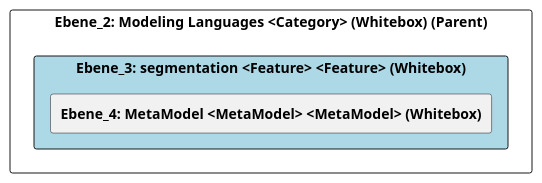
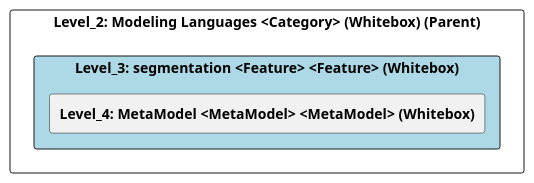
The diagram in doc/cleonproject_deliverables_architecture_model_architecture/adoc/de/05_bausteinsicht/cleon/modeling_languages/segmentation/ebene_3_segmentation.adoc (marcozwyssig/cleon), drawn with PlantUML before and after one commit. The commit also changed other lines of this file and 83 other files, not shown here.

```diff
--- a/doc/cleonproject_deliverables_architecture_model_architecture/adoc/de/05_bausteinsicht/cleon/modeling_languages/segmentation/ebene_3_segmentation.adoc
+++ b/doc/cleonproject_deliverables_architecture_model_architecture/adoc/de/05_bausteinsicht/cleon/modeling_languages/segmentation/ebene_3_segmentation.adoc
@@ -20,24 +20,24 @@
-[plantuml, Ebene_3: segmentation <Feature> <Feature> (Whitebox)BlockOverview, format="svg"]
+[plantuml, Level_3: segmentation <Feature> <Feature> (Whitebox)BlockOverview, format="svg"]
 ----
-@startuml Ebene_3: segmentation <Feature> <Feature> (Whitebox)BuildingBlockOverview
+@startuml Level_3: segmentation <Feature> <Feature> (Whitebox)BuildingBlockOverview
 
 skinparam ranksep 10
 skinparam componentStyle rectangle
 skinparam shadowing false
 skinparam arrowColor lightblue
 skinparam arrowThickness 1.2
 skinparam rectangle {
   BackgroundColor White
   BorderColor #333
   RoundCorner 10
 }
 top to bottom direction
 
-component "Ebene_2: Modeling Languages <Category> (Whitebox) (Parent)" {
-    component "Ebene_3: segmentation <Feature> <Feature> (Whitebox)" #lightblue {
-        [**Ebene_4: MetaModel <MetaModel> <MetaModel> (Whitebox)**] as 4A56B728_D579_11EE_903E_9F564E4DE07E
+component "Level_2: Modeling Languages <Category> (Whitebox) (Parent)" {
+    component "Level_3: segmentation <Feature> <Feature> (Whitebox)" #lightblue {
+        [**Level_4: MetaModel <MetaModel> <MetaModel> (Whitebox)**] as 4A56B728_D579_11EE_903E_9F564E4DE07E
     }
 }
 
 @enduml
 ----
```
